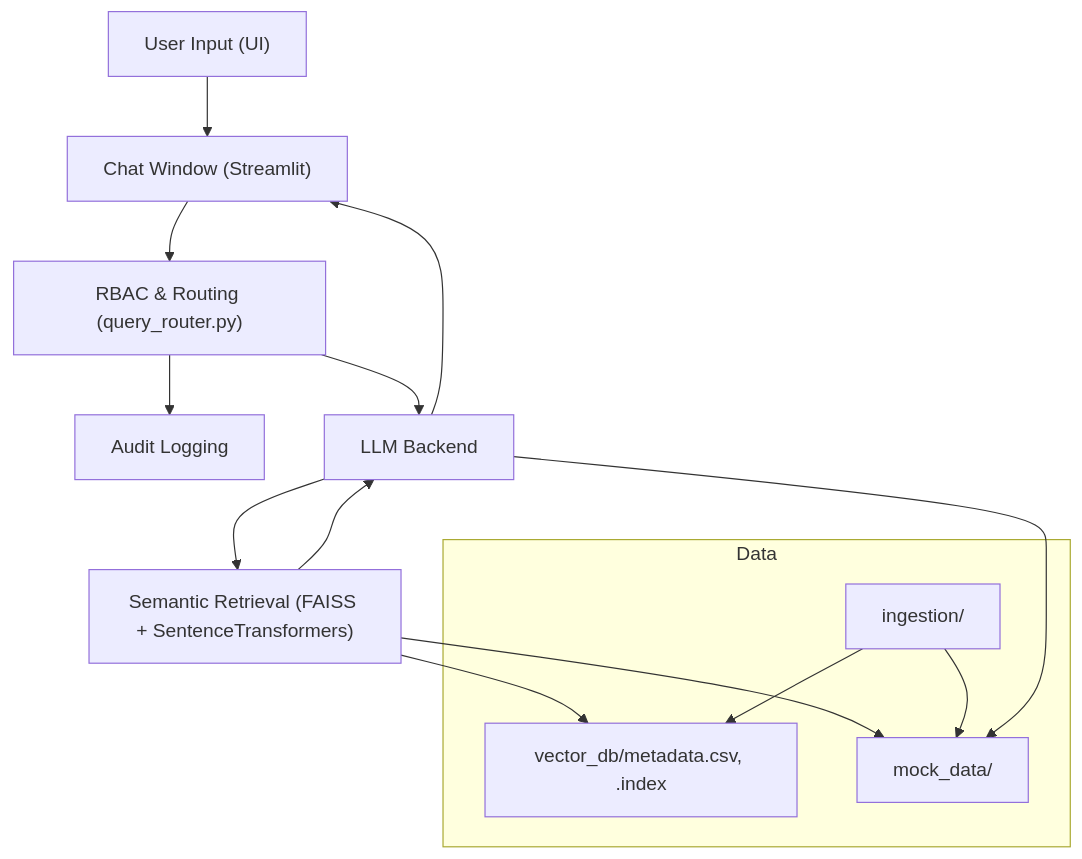
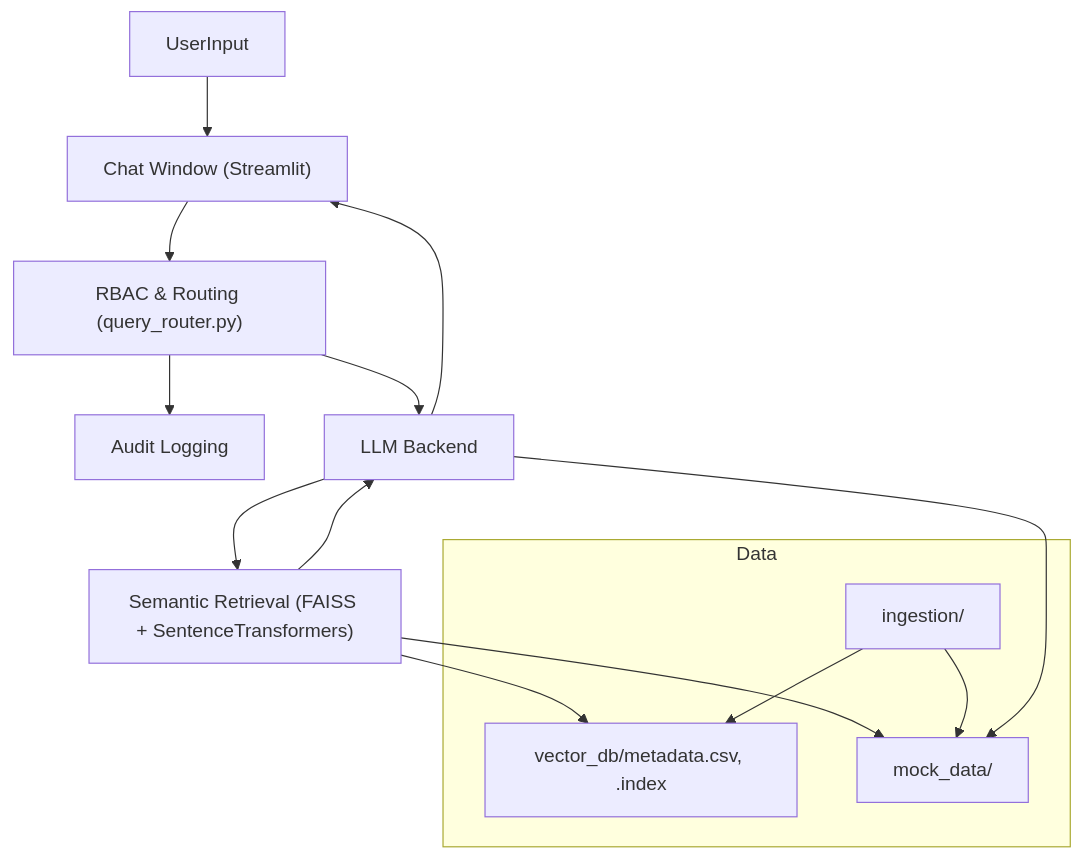
One commit to obizues/Local-AI-Governance-Platform changed the first of 3 diagrams in ARCHITECTURE.md. Above: the diagram before and after it, drawn with Mermaid. The commit also changed other lines of this file, not shown here.

Commit message:
Fix: Remove underscores from Mermaid node IDs for GitHub compatibility (ARCHITECTURE.md)

````diff
--- a/ARCHITECTURE.md
+++ b/ARCHITECTURE.md
@@ -3,20 +3,20 @@
 ```mermaid
 flowchart TD
-    UserInput["User Input (UI)"] --> ChatWindow["Chat Window (Streamlit)"]
+    UserInput --> ChatWindow["Chat Window (Streamlit)"]
     ChatWindow --> RBAC["RBAC & Routing (query_router.py)"]
     RBAC --> Audit["Audit Logging"]
     RBAC --> LLMBackend["LLM Backend"]
     LLMBackend --> Retrieval["Semantic Retrieval (FAISS + SentenceTransformers)"]
     Retrieval --> LLMBackend
     LLMBackend --> ChatWindow
     subgraph Data
         VectorDB["vector_db/metadata.csv, .index"]
         MockDocs["mock_data/"]
         Ingest["ingestion/"]
     end
     Retrieval --> VectorDB
     Retrieval --> MockDocs
     Ingest --> VectorDB
     Ingest --> MockDocs
     LLMBackend --> MockDocs
 ```
````
